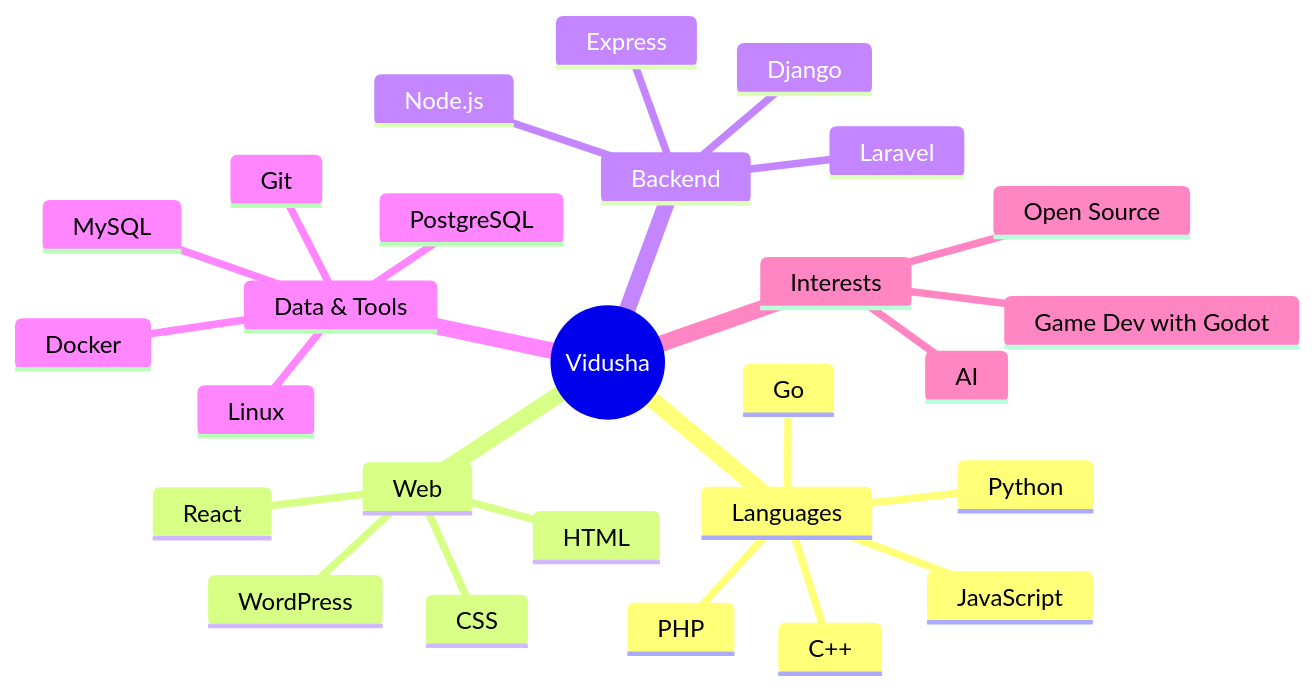
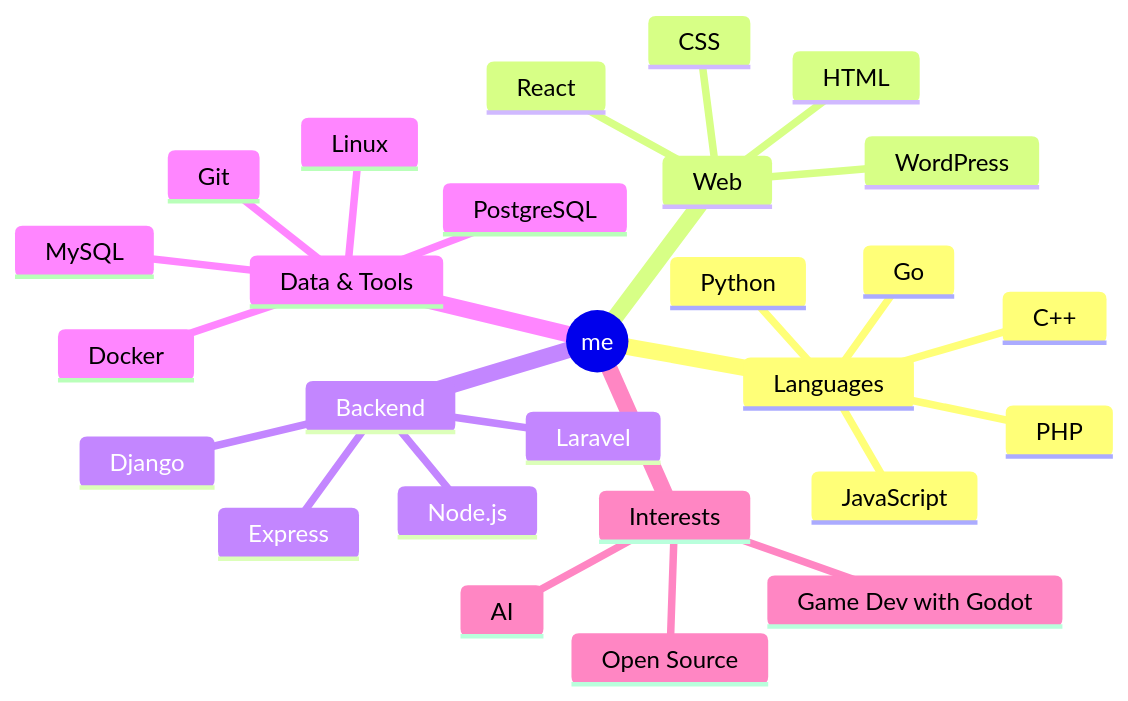
One commit to Vidushasenal/Vidushasenal changed the third of 4 diagrams in README.md. Above: the diagram before and after it, drawn with Mermaid.

````diff
--- a/README.md
+++ b/README.md
@@ -169,30 +169,30 @@
 ```mermaid
 mindmap
-  root((Vidusha))
+  root((me))
     Languages
       Python
       JavaScript
       PHP
       Go
       C++
     Web
       HTML
       CSS
       React
       WordPress
     Backend
       Node.js
       Express
       Django
       Laravel
     Data & Tools
       MySQL
       PostgreSQL
       Git
       Docker
       Linux
     Interests
       AI
       Open Source
       Game Dev with Godot
 ```
````
